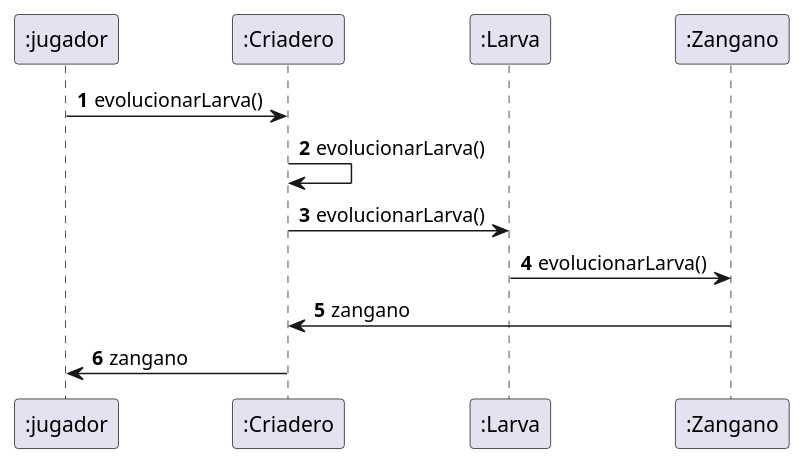
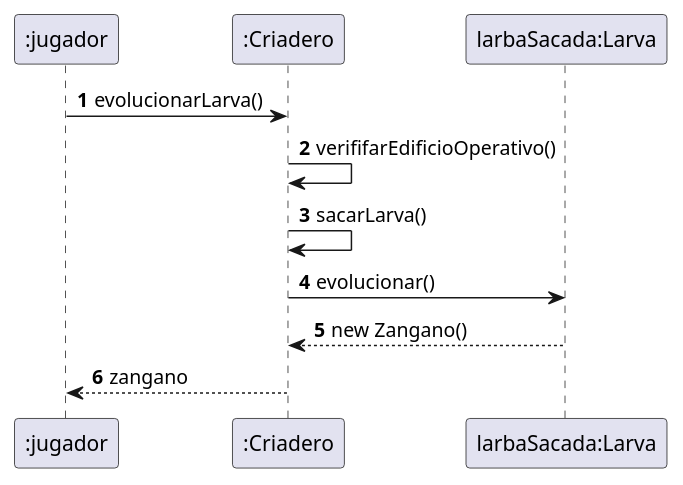
The diagram in diagrams/sequences/CasoDeUso1.puml (nicolasgirardi/algo3_TP2_AlgoStar), drawn with PlantUML before and after one commit. The commit also changed 5 other files, not shown here.

Commit message:
se agrega diagrama de secuencia 18 y se corrige el diagrama de secuencia 1

```diff
--- a/diagrams/sequences/CasoDeUso1.puml
+++ b/diagrams/sequences/CasoDeUso1.puml
@@ -1,12 +1,11 @@
 @startuml
-'https://plantuml.com/sequence-diagram
 
 autonumber
 ":jugador" -> ":Criadero": evolucionarLarva()
-":Criadero" -> ":Criadero": evolucionarLarva()
-":Criadero" -> ":Larva": evolucionarLarva()
-":Larva" -> ":Zangano": evolucionarLarva()
-":Zangano" -> ":Criadero": zangano
-":Criadero" -> ":jugador": zangano
+":Criadero" -> ":Criadero": verififarEdificioOperativo()
+":Criadero" -> ":Criadero": sacarLarva()
+":Criadero" -> "larbaSacada:Larva": evolucionar()
+return new Zangano()
+":Criadero" --> ":jugador": zangano
 
 @enduml
```
